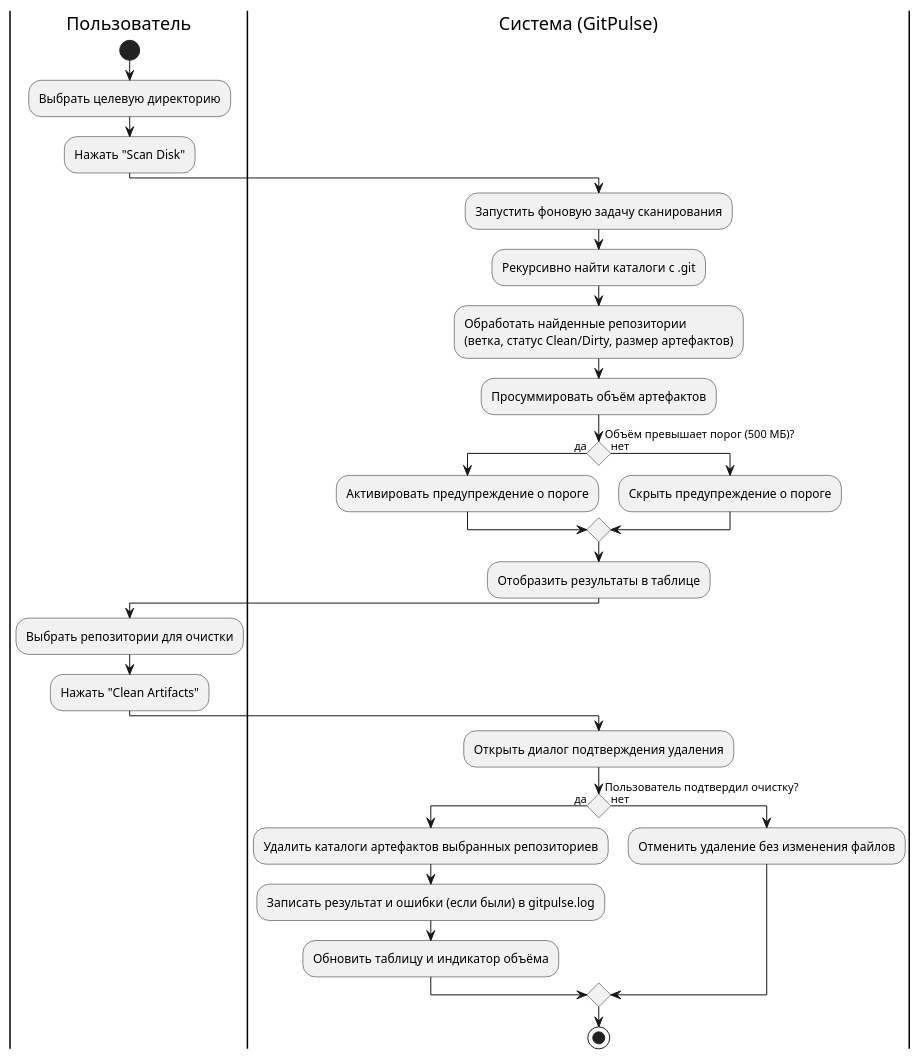
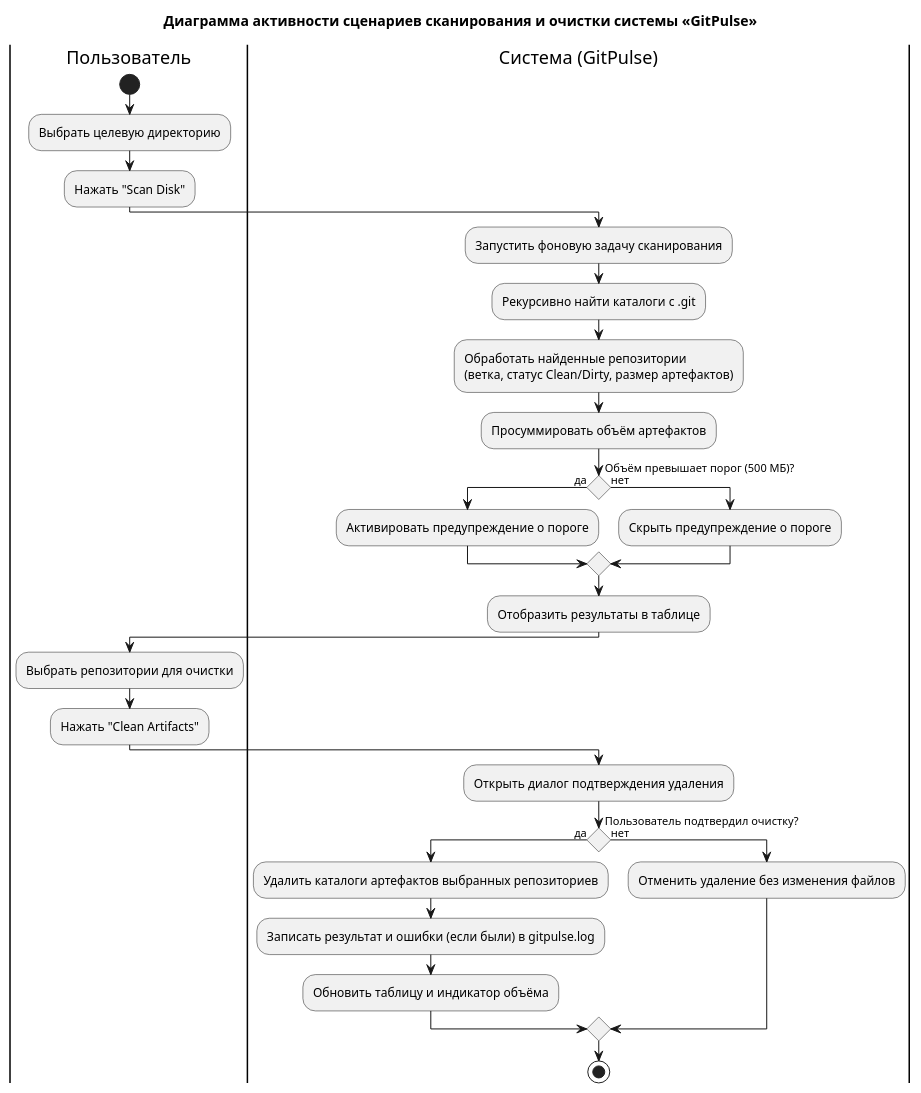
One commit to BSUIR-SDLC/SDLC changed the diagram in diagrams/gitpulse-activity.puml. Above: the diagram before and after it, drawn with PlantUML. The commit also changed 7 other files, not shown here.

Commit message:
docs(lr5): обновить диаграммы активности, состояний, последовательности и прецедентов

```diff
--- a/diagrams/gitpulse-activity.puml
+++ b/diagrams/gitpulse-activity.puml
@@ -1,39 +1,40 @@
 @startuml gitpulse-activity
+title Диаграмма активности сценариев сканирования и очистки системы «GitPulse»
 skinparam conditionStyle diamond
 
 |Пользователь|
 start
 :Выбрать целевую директорию;
 :Нажать "Scan Disk";
 
 |Система (GitPulse)|
 :Запустить фоновую задачу сканирования;
 :Рекурсивно найти каталоги с .git;
 :Обработать найденные репозитории\n(ветка, статус Clean/Dirty, размер артефактов);
 :Просуммировать объём артефактов;
 
 if (Объём превышает порог (500 МБ)?) then (да)
   :Активировать предупреждение о пороге;
 else (нет)
   :Скрыть предупреждение о пороге;
 endif
 
 :Отобразить результаты в таблице;
 
 |Пользователь|
 :Выбрать репозитории для очистки;
 :Нажать "Clean Artifacts";
 
 |Система (GitPulse)|
 :Открыть диалог подтверждения удаления;
 
 if (Пользователь подтвердил очистку?) then (да)
   :Удалить каталоги артефактов выбранных репозиториев;
   :Записать результат и ошибки (если были) в gitpulse.log;
   :Обновить таблицу и индикатор объёма;
 else (нет)
   :Отменить удаление без изменения файлов;
 endif
 
 stop
 @enduml
```
